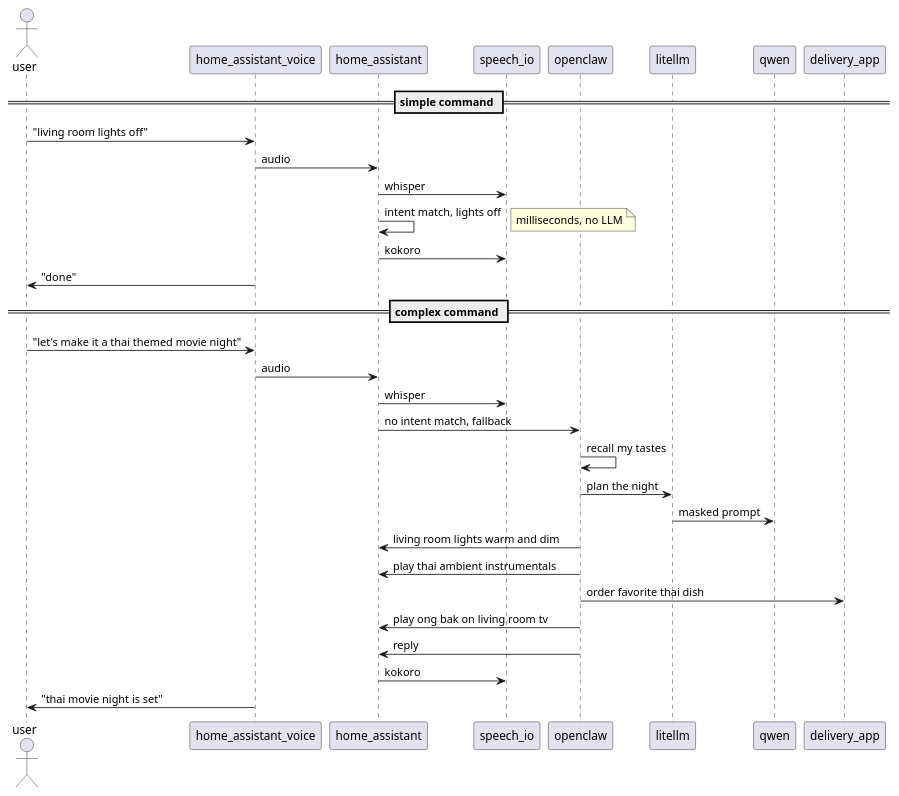
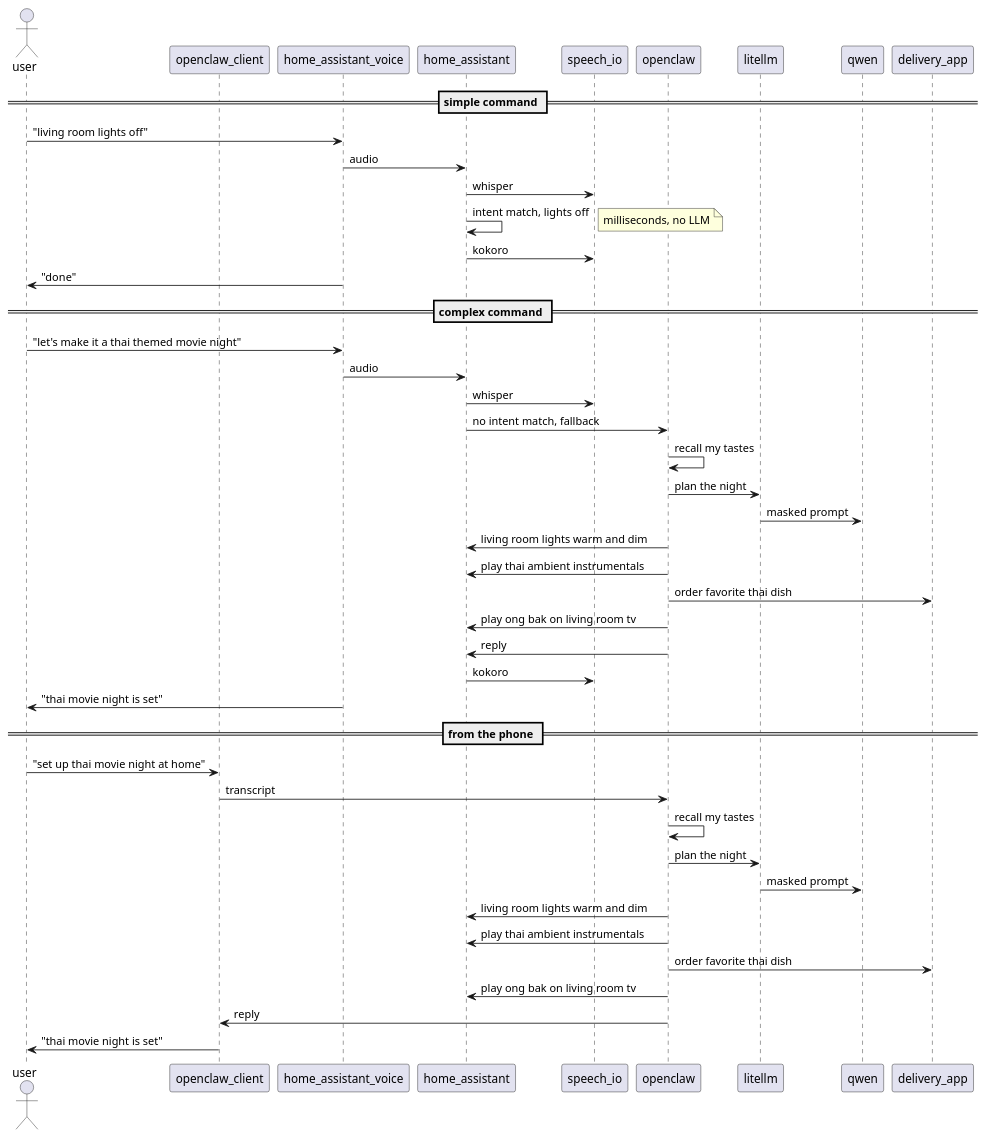
Before and after one commit to joenarvaez/negotium: the sixth of 6 diagrams in readme.md, drawn with PlantUML. The commit also changed other lines of this file and 15 other files, not shown here.

First line of the commit message:
Playbooks for Presidio, LiteLLM, speech and Home Assistant on Strata

````diff
--- a/readme.md
+++ b/readme.md
@@ -211,35 +209,49 @@
 ```plantuml
 actor user
+participant openclaw_client
 participant home_assistant_voice
 participant home_assistant
 participant speech_io
 participant openclaw
 participant litellm
 participant qwen
 participant delivery_app
 
 == simple command ==
 user -> home_assistant_voice : "living room lights off"
 home_assistant_voice -> home_assistant : audio
 home_assistant -> speech_io : whisper
 home_assistant -> home_assistant : intent match, lights off
 note right : milliseconds, no LLM
 home_assistant -> speech_io : kokoro
 home_assistant_voice -> user : "done"
 
 == complex command ==
 user -> home_assistant_voice : "let's make it a thai themed movie night"
 home_assistant_voice -> home_assistant : audio
 home_assistant -> speech_io : whisper
 home_assistant -> openclaw : no intent match, fallback
 openclaw -> openclaw : recall my tastes
 openclaw -> litellm : plan the night
 litellm -> qwen : masked prompt
 openclaw -> home_assistant : living room lights warm and dim
 openclaw -> home_assistant : play thai ambient instrumentals
 openclaw -> delivery_app : order favorite thai dish
 openclaw -> home_assistant : play ong bak on living room tv
 openclaw -> home_assistant : reply
 home_assistant -> speech_io : kokoro
 home_assistant_voice -> user : "thai movie night is set"
+
+== from the phone ==
+user -> openclaw_client : "set up thai movie night at home"
+openclaw_client -> openclaw : transcript
+openclaw -> openclaw : recall my tastes
+openclaw -> litellm : plan the night
+litellm -> qwen : masked prompt
+openclaw -> home_assistant : living room lights warm and dim
+openclaw -> home_assistant : play thai ambient instrumentals
+openclaw -> delivery_app : order favorite thai dish
+openclaw -> home_assistant : play ong bak on living room tv
+openclaw -> openclaw_client : reply
+openclaw_client -> user : "thai movie night is set"
 ```
````
